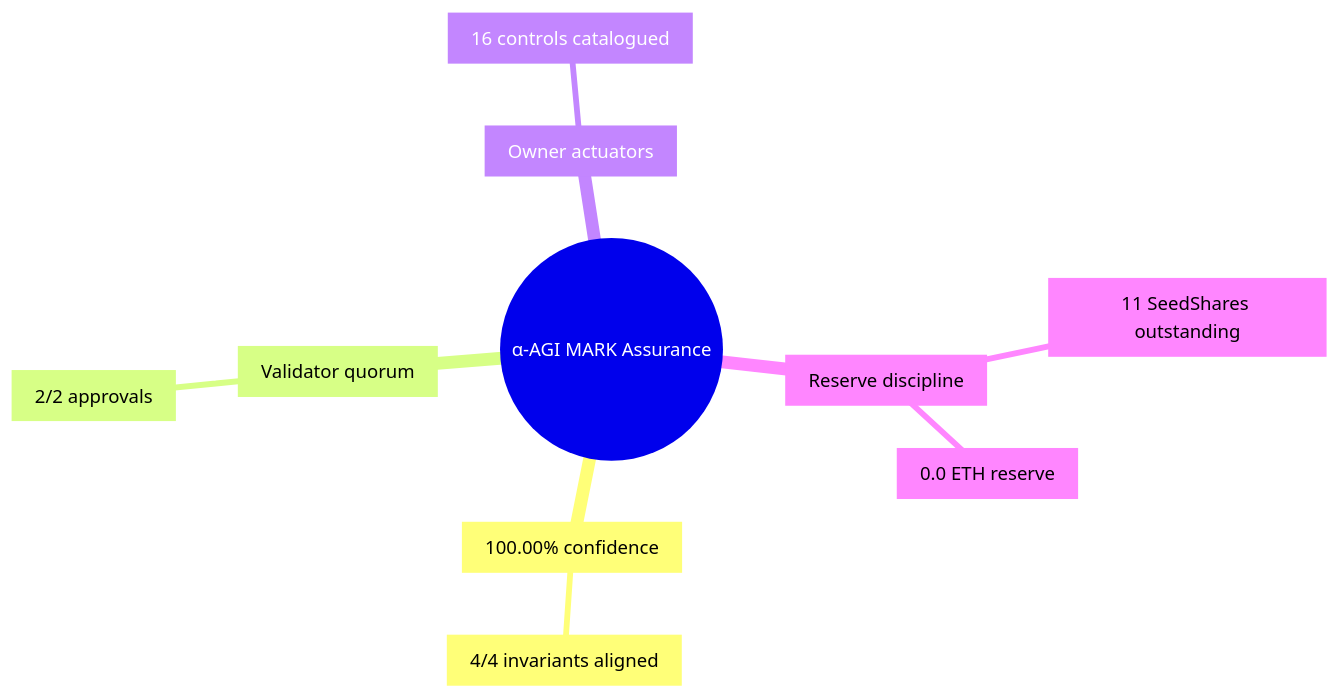
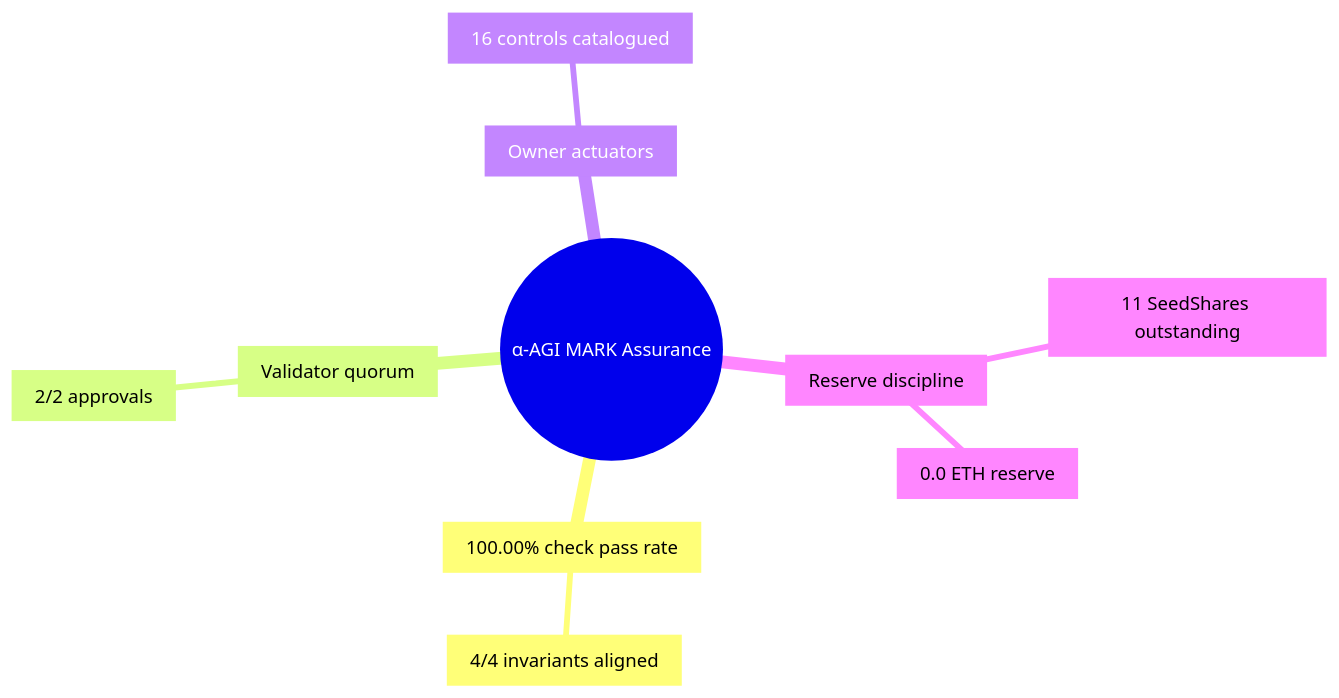
Before and after one commit to MontrealAI/AGIJobsv0: the third of 4 diagrams in demo/alpha-agi-mark/reports/alpha-mark-superintelligence.md, drawn with Mermaid. The commit also changed other lines of this file and 54 other files, not shown here.

````diff
--- a/demo/alpha-agi-mark/reports/alpha-mark-superintelligence.md
+++ b/demo/alpha-agi-mark/reports/alpha-mark-superintelligence.md
@@ -76,13 +78,13 @@
 ```mermaid
 mindmap
   root((α-AGI MARK Assurance))
-    Confidence[100.00% confidence]
+    Confidence[100.00% check pass rate]
       Checks[4/4 invariants aligned]
     Validation[Validator quorum]
       Approvals[2/2 approvals]
     Controls[Owner actuators]
       Matrix[16 controls catalogued]
     Capital[Reserve discipline]
       Supply[11 SeedShares outstanding]
       ReserveBalance[0.0 ETH reserve]
 ```
````
